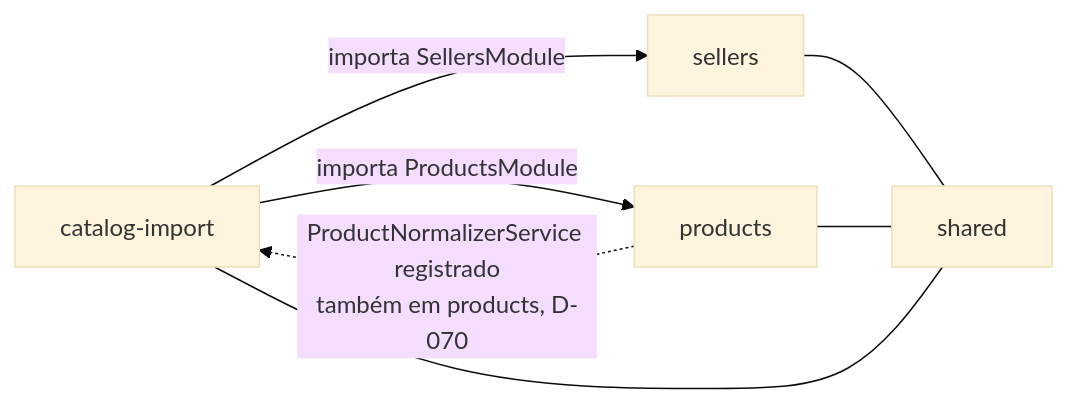
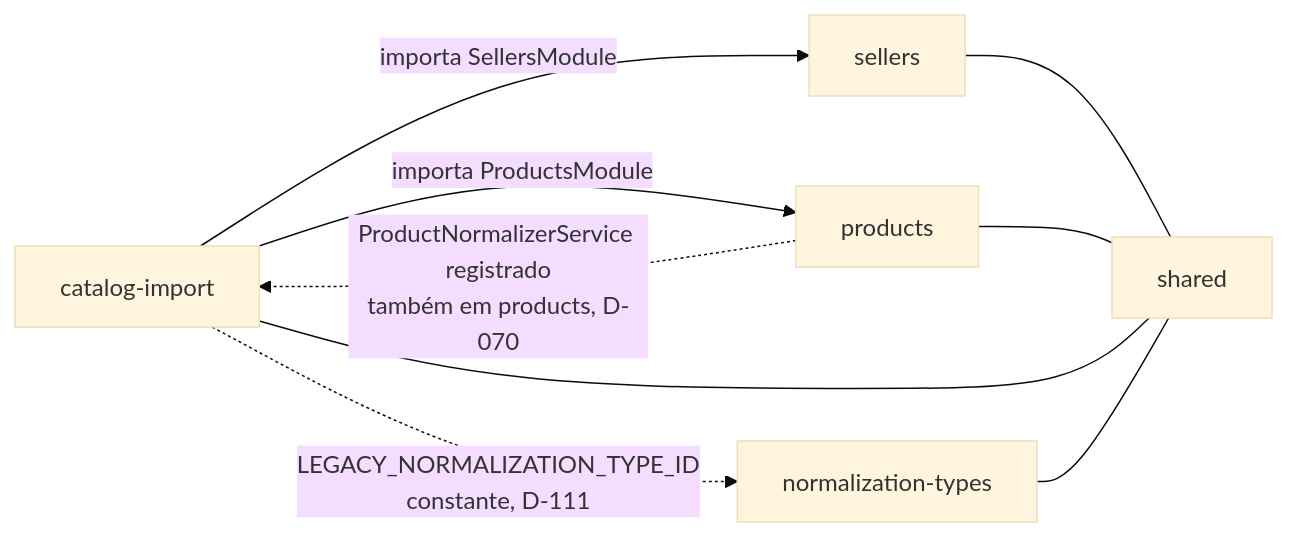
One commit to JoaoLucas698/vtex-assessment changed the second of 3 diagrams in docs/architecture.md. Above: the diagram before and after it, drawn with Mermaid (base theme). The commit also changed other lines of this file and 6 other files, not shown here.

First line of the commit message:
docs(normalization-types): documenta tipos de normalização (D-110, D-111)

````diff
--- a/docs/architecture.md
+++ b/docs/architecture.md
@@ -37,9 +37,11 @@
 ```mermaid
 flowchart LR
     CI[catalog-import] -->|importa SellersModule| SE[sellers]
     CI -->|importa ProductsModule| PR[products]
     PR -.->|ProductNormalizerService registrado<br/>também em products, D-070| CI
     SE --- SH[shared]
     PR --- SH
     CI --- SH
+    NT[normalization-types] --- SH
+    CI -.->|LEGACY_NORMALIZATION_TYPE_ID<br/>constante, D-111| NT
 ```
````
